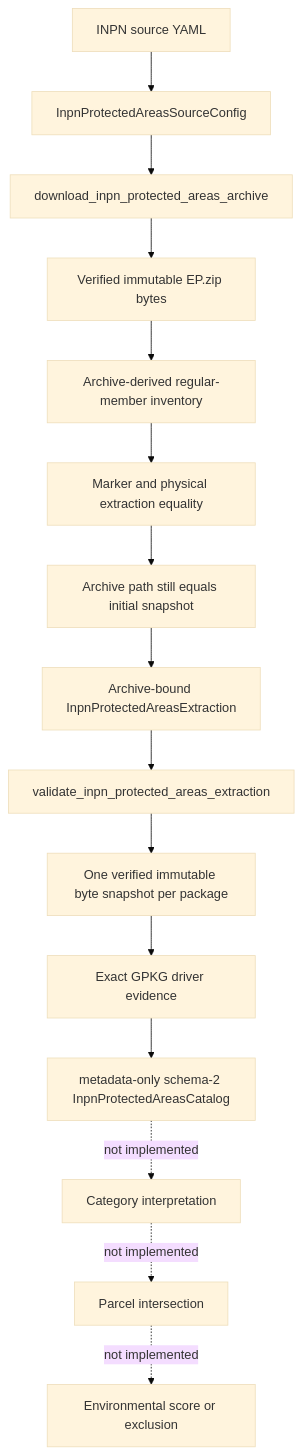
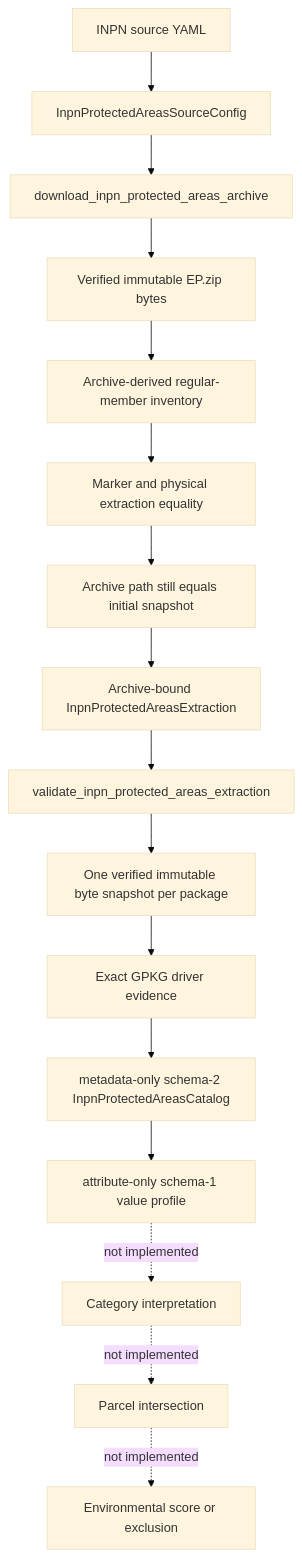
One commit to hmsouhaib/landscout-ai changed the diagram in docs/code/ENVIRONMENT_PIPELINE.md. Above: the diagram before and after it, drawn with Mermaid (base theme). The commit also changed other lines of this file and 15 other files, not shown here.

Commit message:
feat: profile INPN protected-area attributes

````diff
--- a/docs/code/ENVIRONMENT_PIPELINE.md
+++ b/docs/code/ENVIRONMENT_PIPELINE.md
@@ -7,17 +7,18 @@
 ```mermaid
 flowchart TD
     Yaml[INPN source YAML] --> Config[InpnProtectedAreasSourceConfig]
     Config --> Download[download_inpn_protected_areas_archive]
     Download --> Bytes[Verified immutable EP.zip bytes]
     Bytes --> Members[Archive-derived regular-member inventory]
     Members --> Extract[Marker and physical extraction equality]
     Extract --> ArchivePostcondition[Archive path still equals initial snapshot]
     ArchivePostcondition --> Inventory[Archive-bound InpnProtectedAreasExtraction]
     Inventory --> Revalidate[validate_inpn_protected_areas_extraction]
     Revalidate --> PackageBytes[One verified immutable byte snapshot per package]
     PackageBytes --> Driver[Exact GPKG driver evidence]
     Driver --> Catalog[metadata-only schema-2 InpnProtectedAreasCatalog]
-    Catalog -. not implemented .-> Semantics[Category interpretation]
+    Catalog --> Attributes[attribute-only schema-1 value profile]
+    Attributes -. not implemented .-> Semantics[Category interpretation]
     Semantics -. not implemented .-> Overlay[Parcel intersection]
     Overlay -. not implemented .-> Decision[Environmental score or exclusion]
 ```
````
